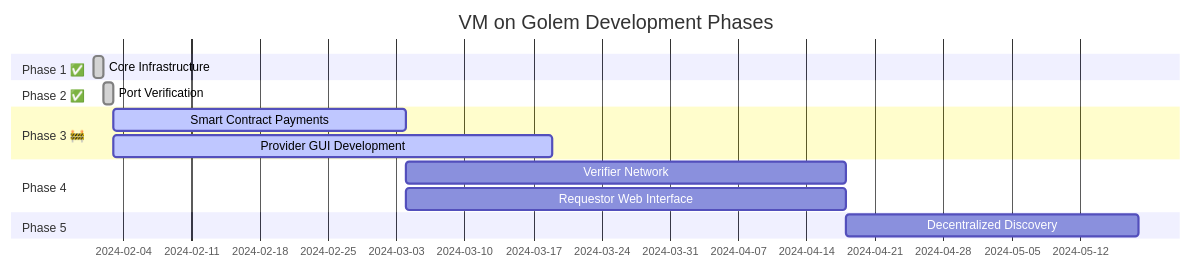
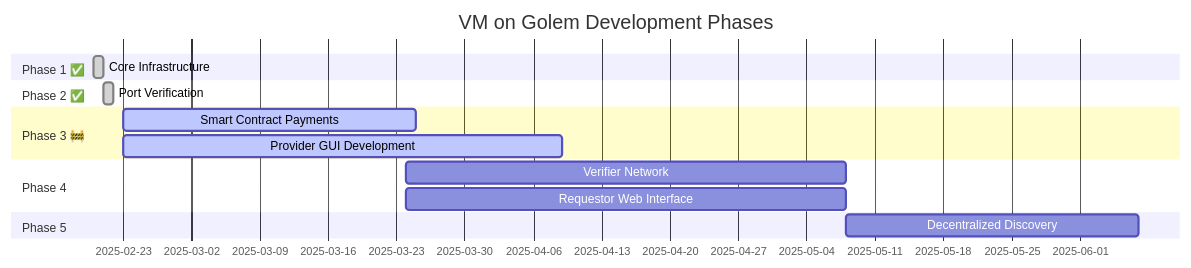
One commit to cryptobench/vm-on-golem changed the first of 2 diagrams in VM-on-Golem-VISION/ROADMAP.md. Above: the diagram before and after it, drawn with Mermaid. The commit also changed other lines of this file, not shown here.

````diff
--- a/VM-on-Golem-VISION/ROADMAP.md
+++ b/VM-on-Golem-VISION/ROADMAP.md
@@ -5,17 +5,17 @@
 ```mermaid
 gantt
     title VM on Golem Development Phases
     dateFormat  YYYY-MM-DD
     section Phase 1 ✅
-    Core Infrastructure    :done, p1, 2024-02-01, 1d
+    Core Infrastructure    :done, p1, 2025-02-20, 1d
     section Phase 2 ✅
-    Port Verification     :done, p2, after p1, 1d
+    Port Verification     :done, p2, 2025-02-21, 1d
     section Phase 3 🚧
-    Smart Contract Payments :active, p3, after p2, 30d
-    Provider GUI Development :active, gui1, after p2, 45d
+    Smart Contract Payments :active, p3, 2025-02-23, 30d
+    Provider GUI Development :active, gui1, 2025-02-23, 45d
     section Phase 4
-    Verifier Network      :p4, after p3, 45d
-    Requestor Web Interface :web1, after p3, 45d
+    Verifier Network      :p4, 2025-03-24, 45d
+    Requestor Web Interface :web1, 2025-03-24, 45d
     section Phase 5
-    Decentralized Discovery :p5, after p4, 30d
+    Decentralized Discovery :p5, 2025-05-08, 30d
 ```
````
